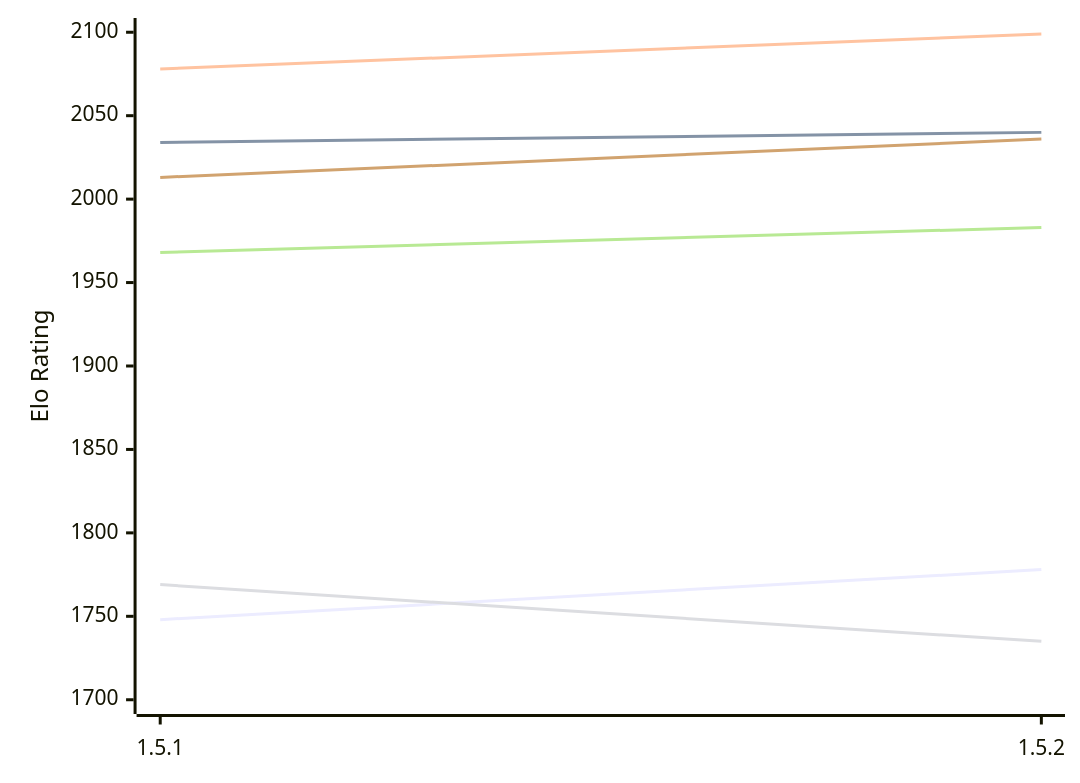
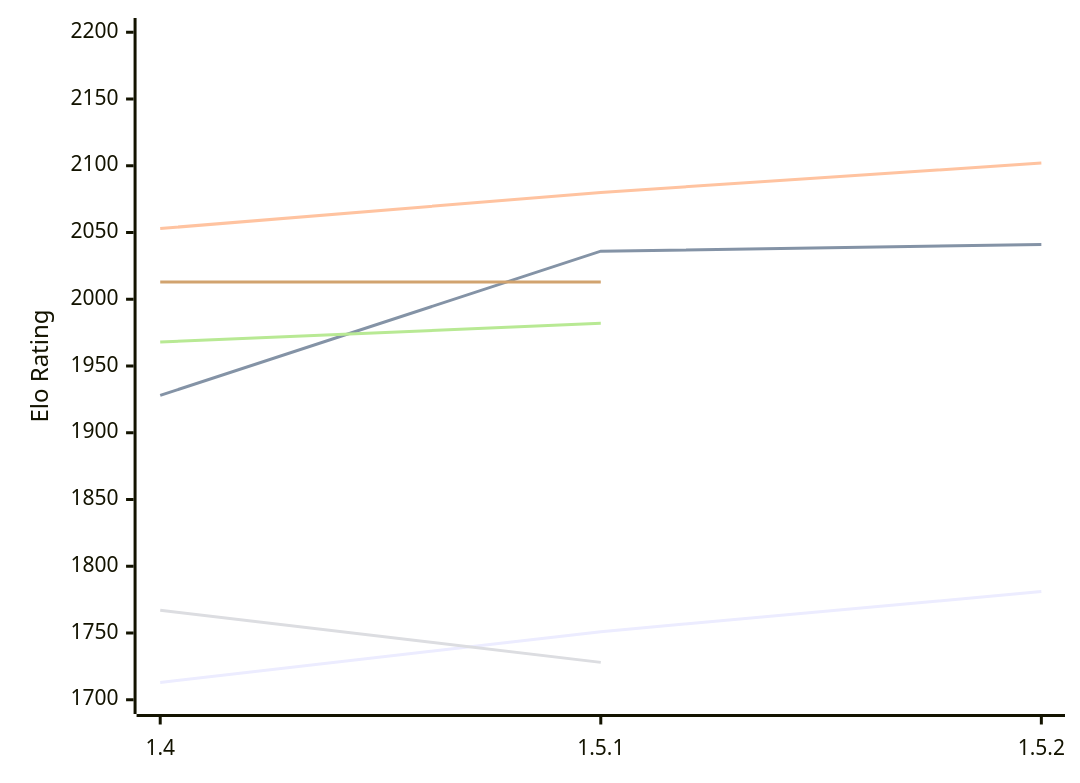
The diagram in engines/Jace.md (computer-chess-index/cci), drawn with Mermaid before and after one commit. The commit also changed other lines of this file, not shown here.

Commit message:
Update CCI Ratings (ELO VLTC) - 2026-11-22

````diff
--- a/engines/Jace.md
+++ b/engines/Jace.md
@@ -49,12 +50,12 @@
 ```mermaid
 %%{init: {"theme":"base","themeVariables":{"seriesColors:['#a3a3a3','#222221','#faa371']}}}%%
 xychart-beta
-  x-axis ["1.5.1", "1.5.2"]
-  y-axis "Elo Rating" 1700 --> 2100
-  line "E1: STC (8.0+0.08s)" [1748, 1778]
-  line "E1: LTC (60.0+0.60s)" [2034, 2040]
-  line "E1: VLTC (2m24s+1.12s)" [2078, 2099]
-  line "P1: STC (8.0+0.08s)" [1769, 1735]
-  line "P1: LTC (60.0+0.60s)" [1968, 1983]
-  line "P1: VLTC (2m24s+1.12s)" [2013, 2036]
+  x-axis ["1.4", "1.5.1", "1.5.2"]
+  y-axis "Elo Rating" 1700 --> 2200
+  line "E1: STC (8.0+0.08s)" [1713, 1751, 1781]
+  line "E1: LTC (60.0+0.60s)" [1928, 2036, 2041]
+  line "E1: VLTC (2m24s+1.12s)" [2053, 2080, 2102]
+  line "P1: STC (8.0+0.08s)" [1767, 1728]
+  line "P1: LTC (60.0+0.60s)" [1968, 1982]
+  line "P1: VLTC (2m24s+1.12s)" [2013, 2013]
 ```
````
